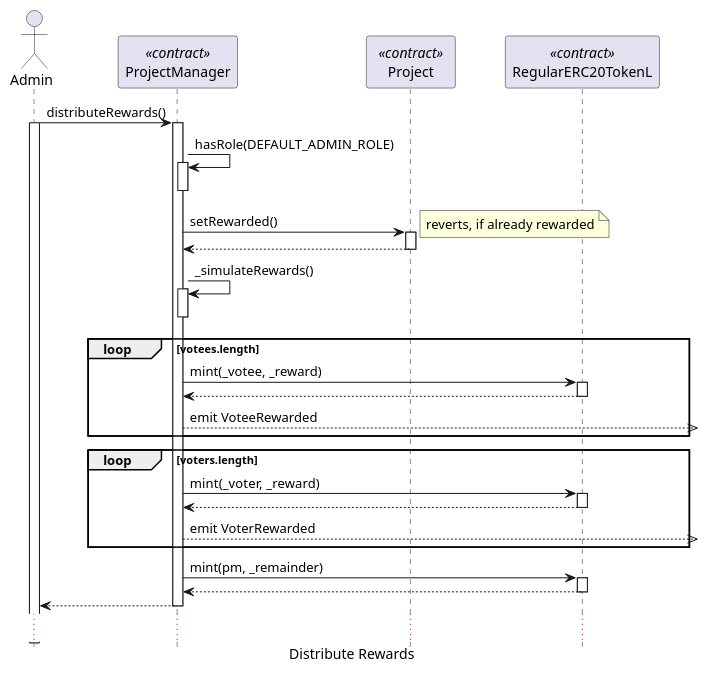
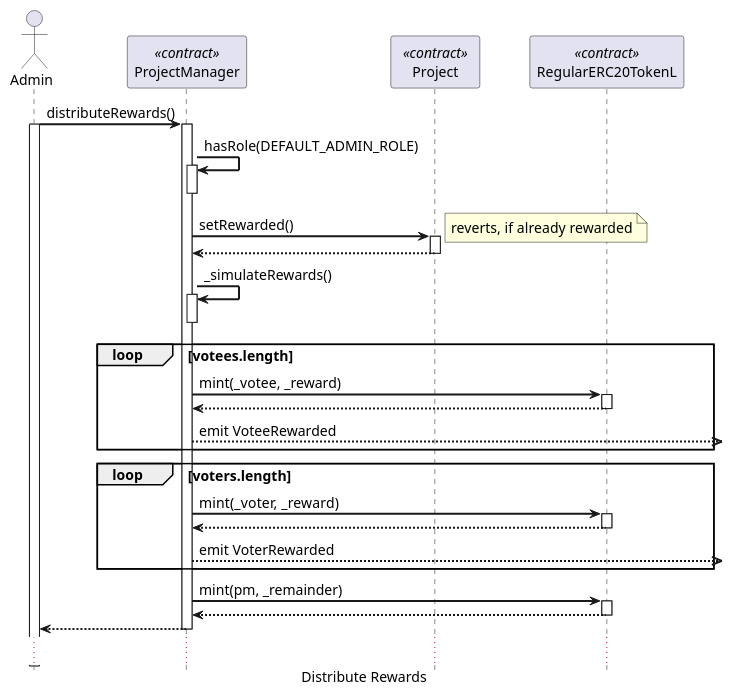
The diagram in smart-contracts/collaboration/workflows/workflow-distribute-rewards.plantuml (3rdstage/models), drawn with PlantUML before and after one commit. The commit also changed 19 other files, not shown here.

```diff
--- a/smart-contracts/collaboration/workflows/workflow-distribute-rewards.plantuml
+++ b/smart-contracts/collaboration/workflows/workflow-distribute-rewards.plantuml
@@ -1,57 +1,72 @@
 @startuml
  
 ' Python 3 Collections
 ' https://github.com/python/cpython/blob/v3.8.5/Lib/_collections_abc.py
  
 ' https://plantuml.com/class-diagram
 ' https://plantuml.com/sequence-diagram
 ' https://plantuml-documentation.readthedocs.io/en/latest/formatting/all-skin-params.html
 ' https://plantuml-documentation.readthedocs.io/en/latest/formatting/all-skin-params.html#class
  
 skinparam {
   DefaultFontName Monaco
   'DefaultFontName Consolas
+  'DefaultMonospacedFontName Consolas
+  DefaultFontSize 14
+  DefaultFontStyle bold
+  BackgroundColor transparent
+  BoxPadding 300
+  PageMargin 10
+  ArrowThickness 2
   MinClassWidth 75
   ClassFontStyle bold
   ParticipantPadding 20
-  BoxPadding 300
-  GroupBorderThickness 1
-  GroupBorderShadowing false
-  PageMargin 10
+}
+
+skinparam Sequence{
+  DividerBorderThickness 2
+  LifeLineBorderThickness 2
+  ParticipantBorderThicknessa 2
+  ReferenceBorderThickness 2
+}
+
+skinparam Group{
+  BorderThickness 1
+  BorderShadowing false
 }
  
 hide Circle
 hide Footbox
 caption Distribute Rewards
 
 Actor "Admin" as admin 
 Participant "ProjectManager" as pm <<contract>>
 Participant "Project" as prj <<contract>>
 Participant "RegularERC20TokenL" as tkn <<contract>>
 
 admin -> pm ++ : distributeRewards()
 admin ++
   pm -> pm ++ : hasRole(DEFAULT_ADMIN_ROLE)
   pm --
   pm -> prj ++ : setRewarded()
   note right : reverts, if already rewarded
   pm <-- prj --
   pm -> pm ++ : _simulateRewards()
   pm --
   loop votees.length
     pm -> tkn ++ : mint(_votee, _reward)
     pm <-- tkn --
     pm -->>] : emit VoteeRewarded
   end
   loop voters.length
     pm -> tkn ++ : mint(_voter, _reward)
     pm <-- tkn --
     pm -->>] : emit VoterRewarded
   end
   pm -> tkn ++ : mint(pm, _remainder)
   pm <-- tkn --
 pm --> admin --
 
 ...
     
 @enduml
```
